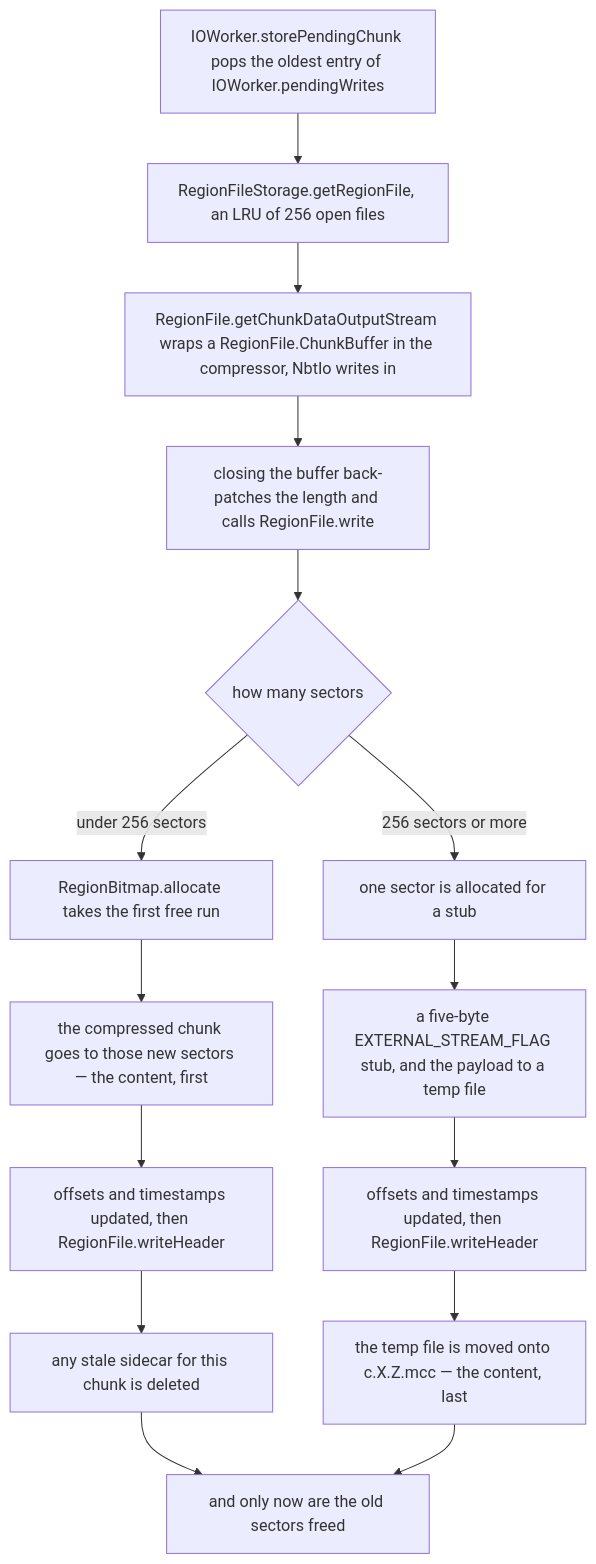
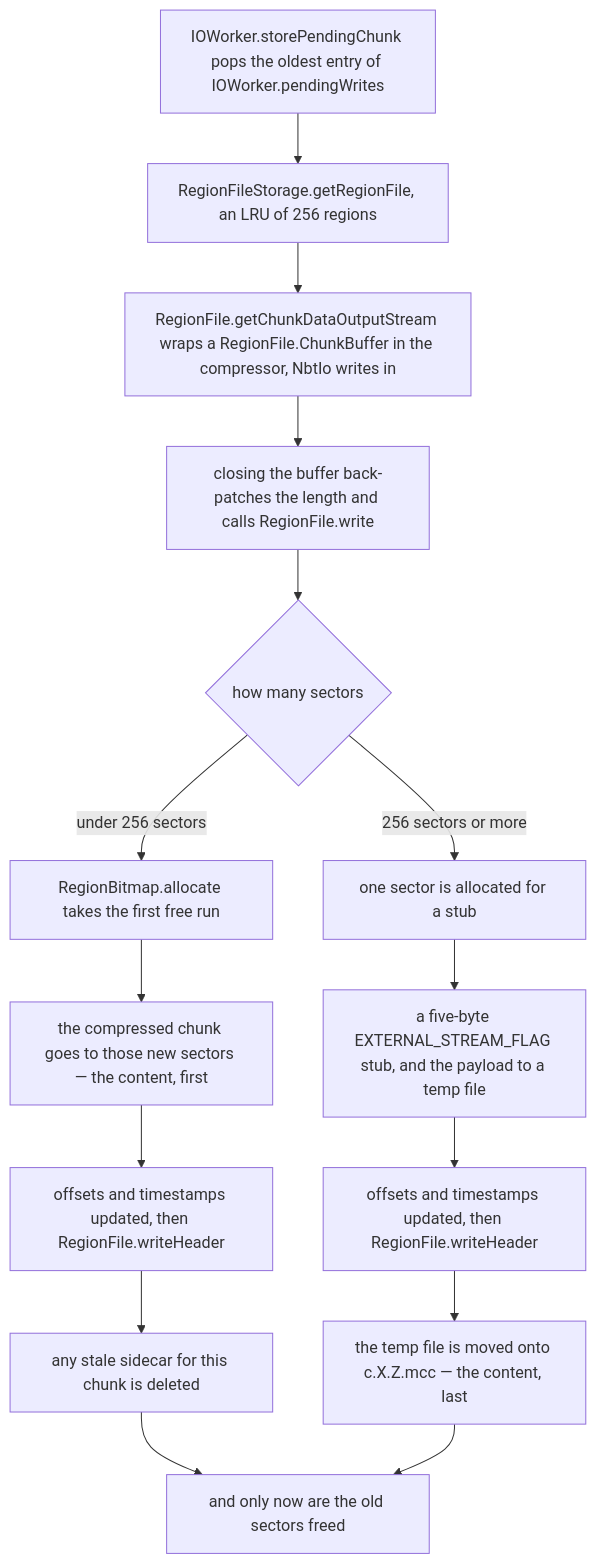
One commit to AlexanderjFraser/MinecraftDocs changed the third of 3 diagrams in src/systems/world/chunk-storage.md. Above: the diagram before and after it, drawn with Mermaid. The commit also changed other lines of this file and 68 other files, not shown here.

````diff
--- a/src/systems/world/chunk-storage.md
+++ b/src/systems/world/chunk-storage.md
@@ -287,17 +288,17 @@
 ```mermaid
 flowchart TD
-    A["IOWorker.storePendingChunk pops the oldest entry of IOWorker.pendingWrites"] --> B["RegionFileStorage.getRegionFile, an LRU of 256 open files"]
+    A["IOWorker.storePendingChunk pops the oldest entry of IOWorker.pendingWrites"] --> B["RegionFileStorage.getRegionFile, an LRU of 256 regions"]
     B --> C["RegionFile.getChunkDataOutputStream wraps a RegionFile.ChunkBuffer in the compressor, NbtIo writes in"]
     C --> D["closing the buffer back-patches the length and calls RegionFile.write"]
     D --> E{"how many sectors"}
     E -- "under 256 sectors" --> F1["RegionBitmap.allocate takes the first free run"]
     F1 --> F2["the compressed chunk goes to those new sectors — the content, first"]
     F2 --> F3["offsets and timestamps updated, then RegionFile.writeHeader"]
     F3 --> F4["any stale sidecar for this chunk is deleted"]
     F4 --> Z["and only now are the old sectors freed"]
     E -- "256 sectors or more" --> G1["one sector is allocated for a stub"]
     G1 --> G2["a five-byte EXTERNAL_STREAM_FLAG stub, and the payload to a temp file"]
     G2 --> G3["offsets and timestamps updated, then RegionFile.writeHeader"]
     G3 --> G4["the temp file is moved onto c.X.Z.mcc — the content, last"]
     G4 --> Z
 ```
````
